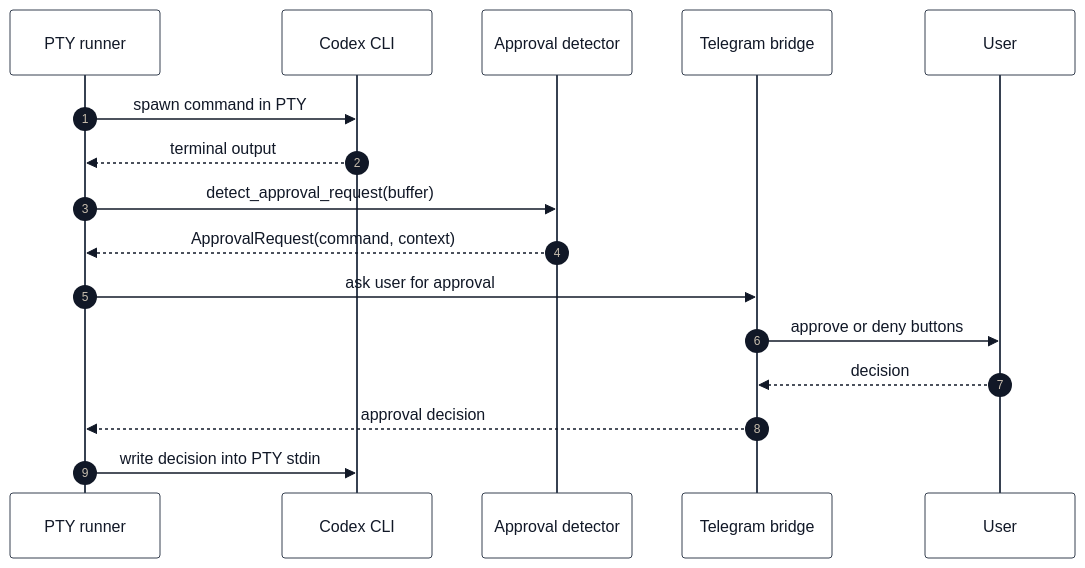
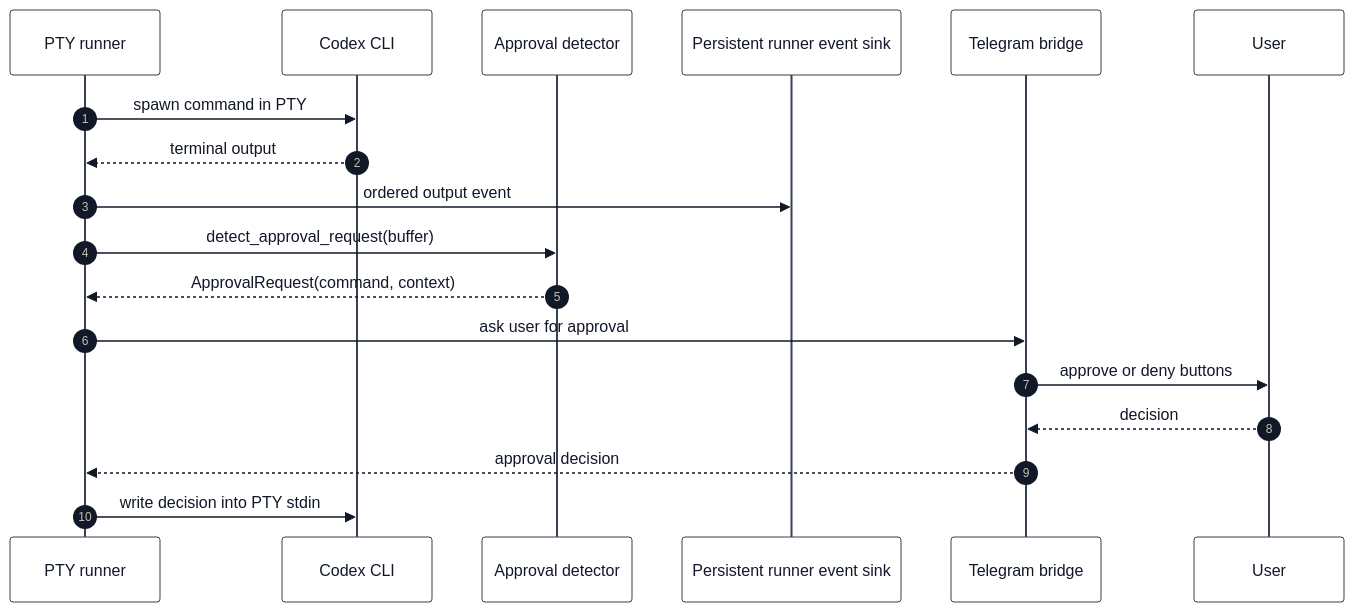
The second of 6 diagrams in docs/PTY_VS_EVENTS.md (kinderp/durex), drawn with Mermaid before and after one commit. The commit also changed other lines of this file and 9 other files, not shown here.

````diff
--- a/docs/PTY_VS_EVENTS.md
+++ b/docs/PTY_VS_EVENTS.md
@@ -114,20 +120,22 @@
 ```mermaid
 %%{init: {"theme": "base", "themeVariables": {"primaryColor": "#ffffff", "primaryTextColor": "#111827", "primaryBorderColor": "#374151", "lineColor": "#374151", "secondaryColor": "#f3f4f6", "tertiaryColor": "#ffffff", "textColor": "#111827", "mainBkg": "#ffffff", "nodeBorder": "#374151", "clusterBkg": "#f9fafb", "clusterBorder": "#9ca3af", "edgeLabelBackground": "#ffffff", "actorBkg": "#ffffff", "actorBorder": "#374151", "actorTextColor": "#111827", "activationBkgColor": "#e5e7eb", "activationBorderColor": "#374151", "signalColor": "#111827", "signalTextColor": "#111827", "noteBkgColor": "#fef3c7", "noteTextColor": "#111827", "noteBorderColor": "#92400e"}}}%%
 sequenceDiagram
     autonumber
     participant Runner as PTY runner
     participant Codex as Codex CLI
     participant Detector as Approval detector
+    participant Sink as Persistent runner event sink
     participant Telegram as Telegram bridge
     participant User
 
     Runner->>Codex: spawn command in PTY
     Codex-->>Runner: terminal output
+    Runner->>Sink: ordered output event
     Runner->>Detector: detect_approval_request(buffer)
     Detector-->>Runner: ApprovalRequest(command, context)
     Runner->>Telegram: ask user for approval
     Telegram->>User: approve or deny buttons
     User-->>Telegram: decision
     Telegram-->>Runner: approval decision
     Runner->>Codex: write decision into PTY stdin
 ```
````
